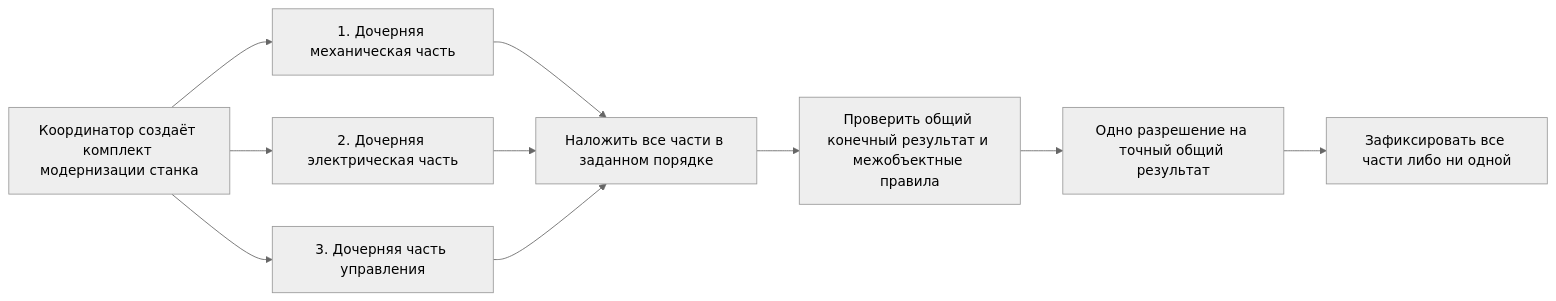
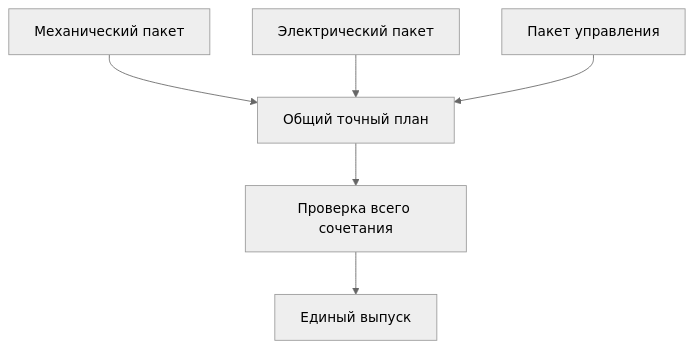
The second of 2 diagrams in docs/changes/06-quick-formal-and-bundled-changes.md (ZelAnton/Interlink-product-book), drawn with Mermaid (neutral theme) before and after one commit. The commit also changed other lines of this file and 231 other files, not shown here.

````diff
--- a/docs/changes/06-quick-formal-and-bundled-changes.md
+++ b/docs/changes/06-quick-formal-and-bundled-changes.md
@@ -132,12 +91,8 @@
 ```mermaid
-flowchart LR
-    K["Координатор создаёт комплект модернизации станка"] --> M["1. Дочерняя механическая часть"]
-    K --> E["2. Дочерняя электрическая часть"]
-    K --> P["3. Дочерняя часть управления"]
-    M --> V["Наложить все части в заданном порядке"]
-    E --> V
-    P --> V
-    V --> Q["Проверить общий конечный результат и межобъектные правила"]
-    Q --> A["Одно разрешение на точный общий результат"]
-    A --> C["Зафиксировать все части либо ни одной"]
+flowchart TD
+    A["Механический пакет"] --> D["Общий точный план"]
+    B["Электрический пакет"] --> D
+    C["Пакет управления"] --> D
+    D --> E["Проверка всего сочетания"]
+    E --> F["Единый выпуск"]
 ```
````
